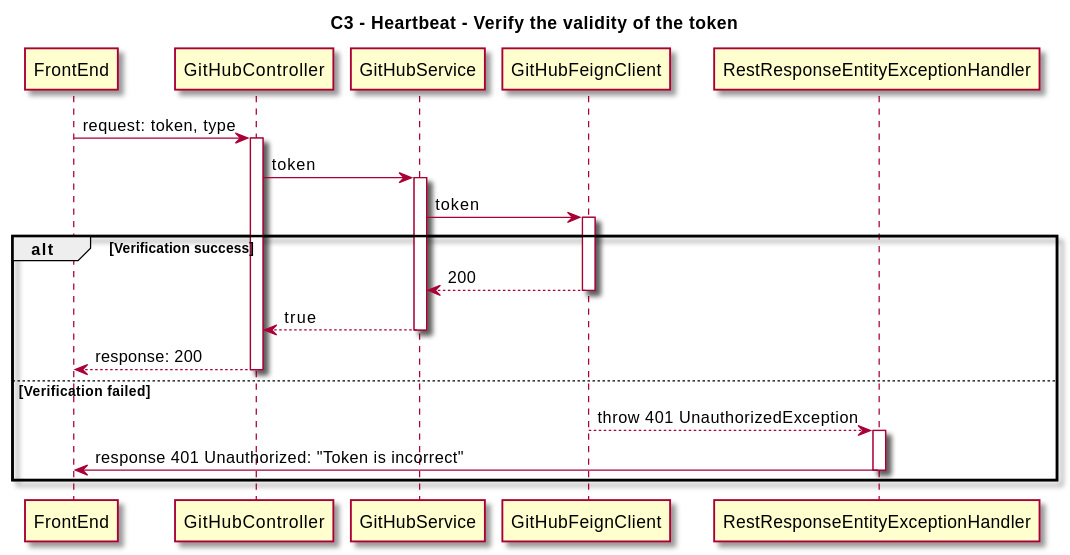
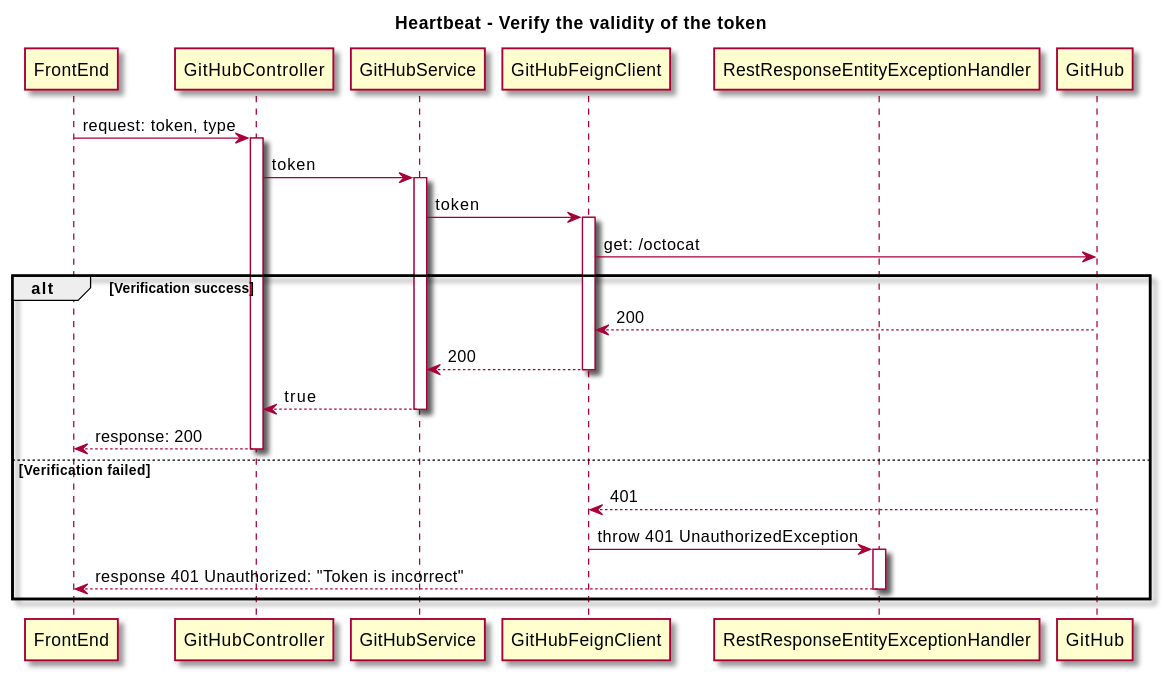
One commit to thoughtworks/HeartBeat changed the first of 2 diagrams in docs/src/content/docs/en/spikes/tech-spikes-split-verify-of-github.mdx. Above: the diagram before and after it, drawn with PlantUML. The commit also changed other lines of this file, not shown here.

Commit message:
ADM-679:[docs]fix: change plantuml

````diff
--- a/docs/src/content/docs/en/spikes/tech-spikes-split-verify-of-github.mdx
+++ b/docs/src/content/docs/en/spikes/tech-spikes-split-verify-of-github.mdx
@@ -46,36 +46,40 @@
 ```plantuml
 @startuml
 skin rose
-title C3 - Heartbeat - Verify the validity of the token
+title Heartbeat - Verify the validity of the token
 
 participant FrontEnd
 participant GitHubController
 participant GitHubService
 participant GitHubFeignClient
 participant RestResponseEntityExceptionHandler
+participant GitHub
 
 ' group Verify the validity of the token
     FrontEnd -> GitHubController: request: token, type
     activate GitHubController
     GitHubController -> GitHubService: token
     activate GitHubService
     GitHubService -> GitHubFeignClient: token
     activate GitHubFeignClient
+    GitHubFeignClient -> GitHub: get: /octocat
 alt Verification success
+    GitHub --> GitHubFeignClient: 200
     GitHubFeignClient --> GitHubService: 200
     deactivate GitHubFeignClient
     GitHubService --> GitHubController: true
     deactivate GitHubService
     GitHubController --> FrontEnd: response: 200
     deactivate GitHubController
 else Verification failed
-    GitHubFeignClient --> RestResponseEntityExceptionHandler: throw 401 UnauthorizedException
+    GitHub --> GitHubFeignClient: 401
+    GitHubFeignClient -> RestResponseEntityExceptionHandler: throw 401 UnauthorizedException
     deactivate GitHubFeignClient
     activate RestResponseEntityExceptionHandler
-    RestResponseEntityExceptionHandler -> FrontEnd: response 401 Unauthorized: "Token is incorrect"
+    RestResponseEntityExceptionHandler --> FrontEnd: response 401 Unauthorized: "Token is incorrect"
     deactivate RestResponseEntityExceptionHandler
     ' deactivate GitHubService
     ' deactivate GitHubController
 end
 @enduml
 ```
````
